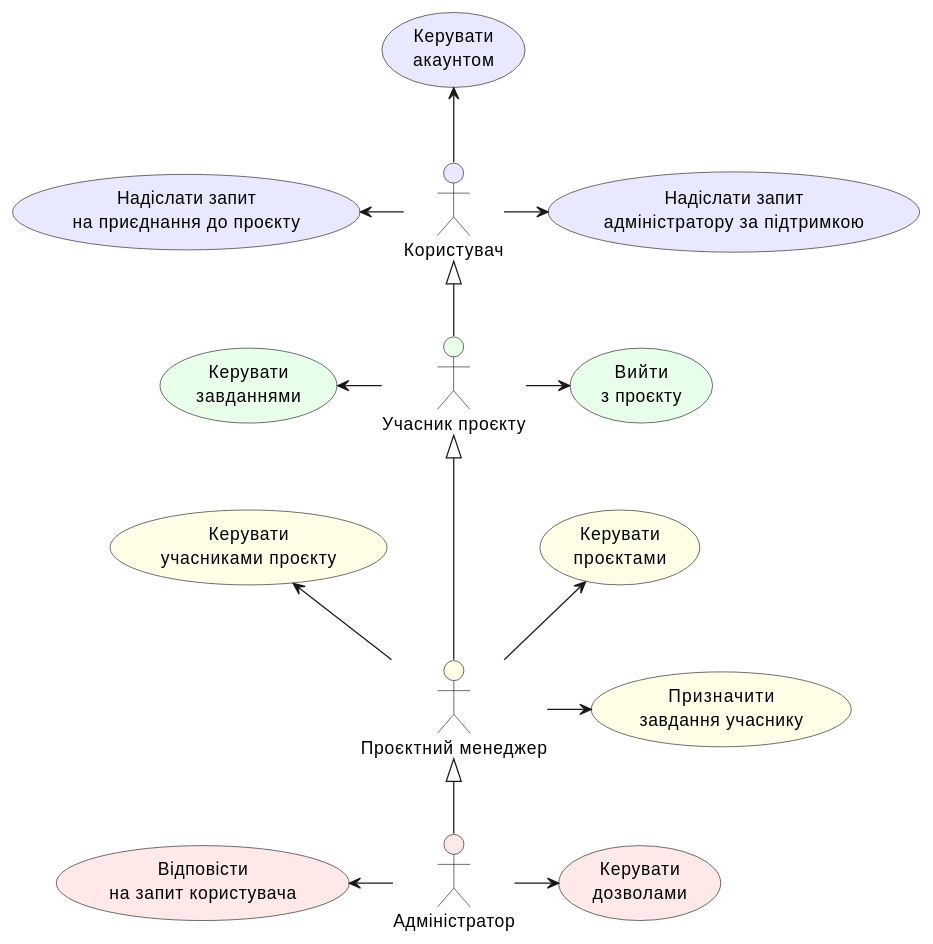
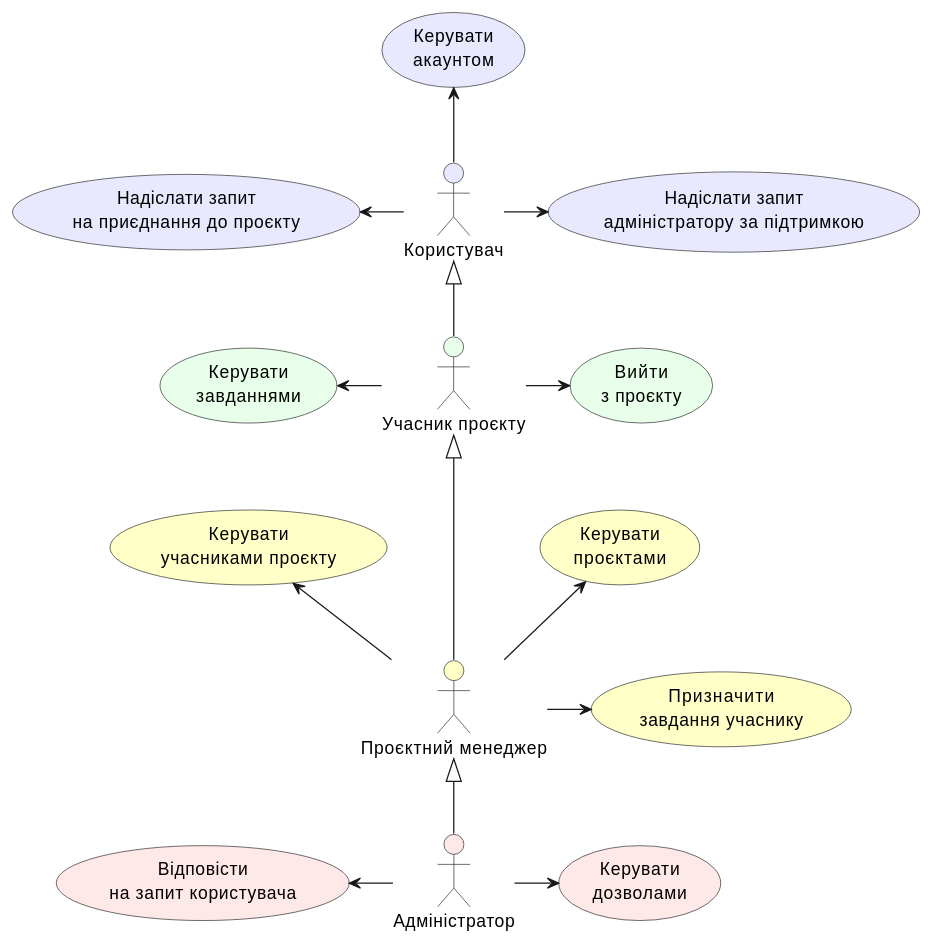
Before and after one commit to wiiiolettaaaaa/coursework_database: the first of 27 diagrams in docs/use cases/README.md, drawn with PlantUML. The commit also changed other lines of this file, not shown here.

```diff
--- a/docs/use cases/README.md
+++ b/docs/use cases/README.md
@@ -13,46 +13,46 @@
 @startuml
 
     actor "Користувач" as User #e8e9ff
     actor "Учасник проєкту" as ProjectMember #e8ffe9
-    actor "Проєктний менеджер" as ProjectManager #ffffe8
+    actor "Проєктний менеджер" as ProjectManager #ffffc8
     actor "Адміністратор" as Admin #ffe8e8
 
     ProjectMember -u-|> User
     ProjectManager -u-|> ProjectMember
     Admin -u-|> ProjectManager
 
     usecase "Керувати\nакаунтом" as AccountManage #e8e9ff
     usecase "Надіслати запит\nна приєднання до проєкту" as SendProjectConnectRequest #e8e9ff
     usecase "Надіслати запит\nадміністратору за підтримкою" as SendHelpRequest #e8e9ff
 
     User -u-> AccountManage
     User -l-> SendProjectConnectRequest
     User -r-> SendHelpRequest
 
     usecase "Керувати\nзавданнями" as TaskManage #e8ffe9
     usecase "Вийти\nз проєкту" as LeaveProject #e8ffe9
 
     SendHelpRequest -d[hidden]-> LeaveProject
     SendProjectConnectRequest -d[hidden]-> TaskManage
 
     ProjectMember -l-> TaskManage
     ProjectMember -r-> LeaveProject
 
-    usecase "Керувати\nпроєктами" as ProjectManage #ffffe8
-    usecase "Керувати\nучасниками проєкту" as ProjectMemberManage #ffffe8
-    usecase "Призначити\nзавдання учаснику" as AssignTask #ffffe8
+    usecase "Керувати\nпроєктами" as ProjectManage #ffffc8
+    usecase "Керувати\nучасниками проєкту" as ProjectMemberManage #ffffc8
+    usecase "Призначити\nзавдання учаснику" as AssignTask #ffffc8
 
     LeaveProject -d[hidden]-> ProjectManage
     ProjectMemberManage -u[hidden]-> TaskManage
 
     ProjectManager -u-> ProjectManage
     ProjectManager -l-> ProjectMemberManage
     ProjectManager -r-> AssignTask
 
     usecase "Керувати\nдозволами" as ManagePermissions #ffe8e8
     usecase "Відповісти\nна запит користувача" as AnswerUserQuestion #ffe8e8
 
     Admin -r-> ManagePermissions
     Admin -l-> AnswerUserQuestion
 
 @enduml
```
